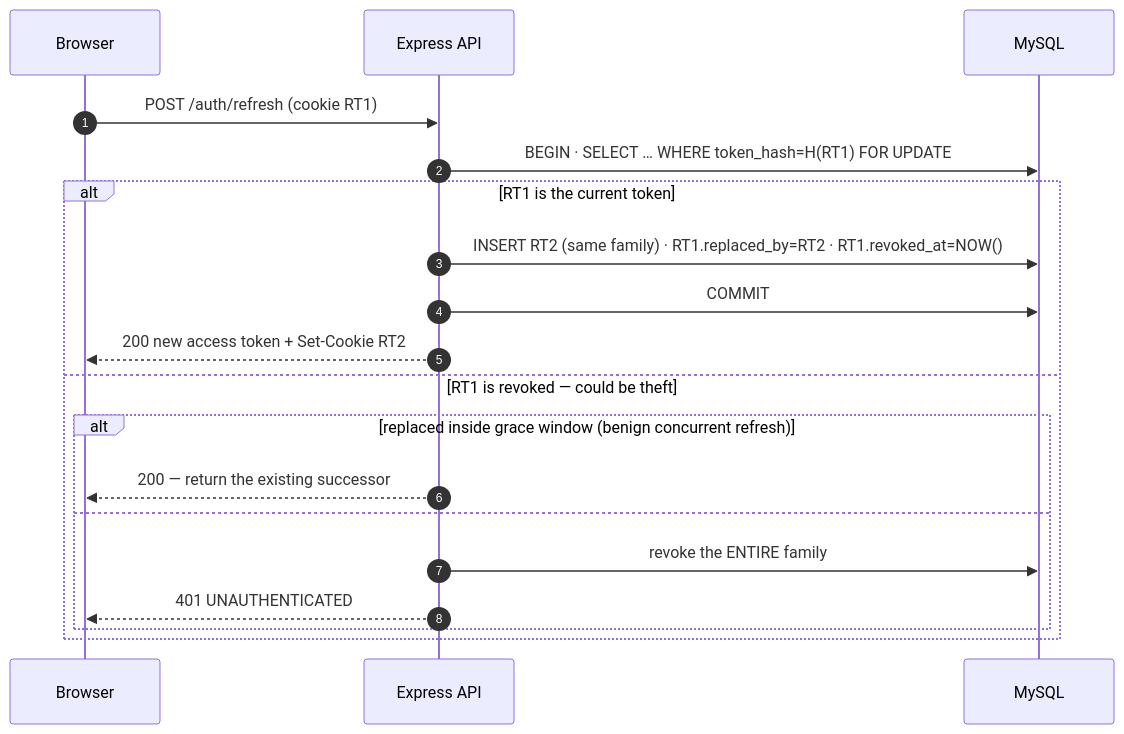
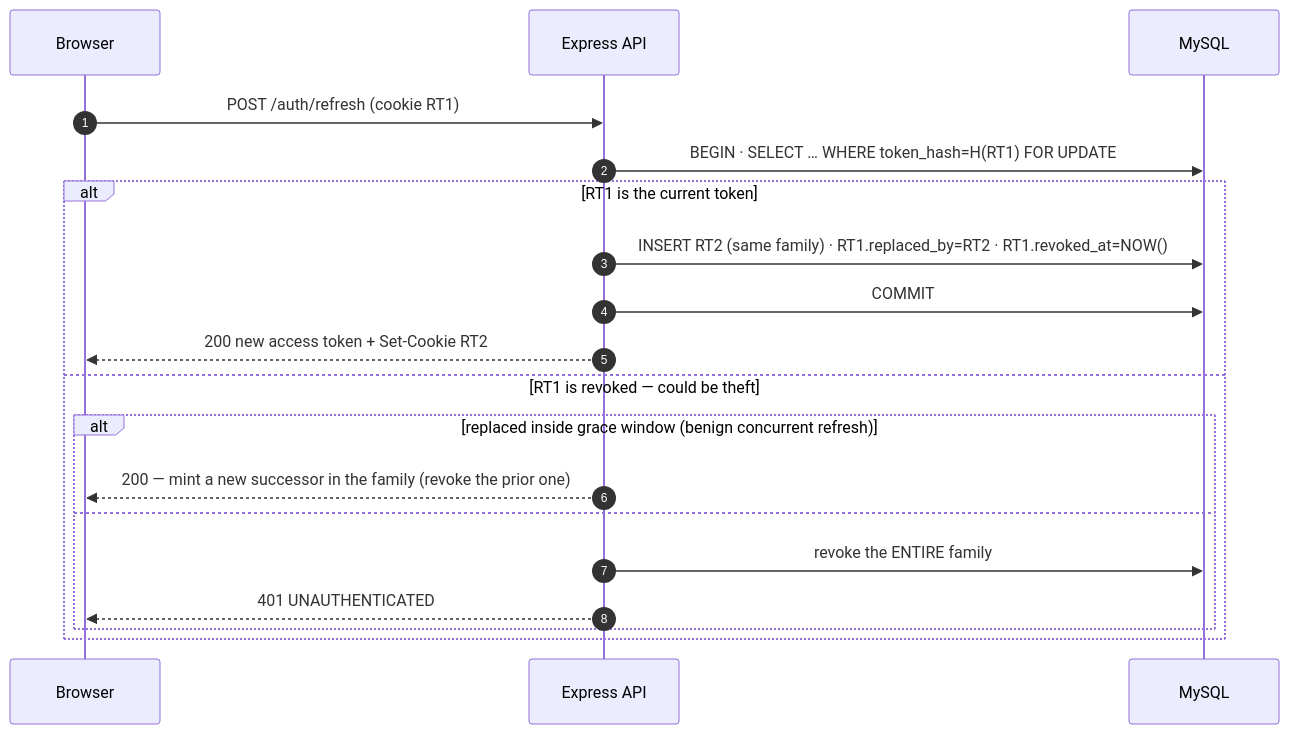
The sixth of 9 diagrams in docs/architecture.md (tabishraza302/newtoninte-ops), drawn with Mermaid before and after one commit. The commit also changed other lines of this file and 1 other file, not shown here.

````diff
--- a/docs/architecture.md
+++ b/docs/architecture.md
@@ -158,23 +158,23 @@
 ```mermaid
 sequenceDiagram
   autonumber
   participant C as Browser
   participant API as Express API
   participant DB as MySQL
 
   C->>API: POST /auth/refresh (cookie RT1)
   API->>DB: BEGIN · SELECT … WHERE token_hash=H(RT1) FOR UPDATE
 
   alt RT1 is the current token
     API->>DB: INSERT RT2 (same family) · RT1.replaced_by=RT2 · RT1.revoked_at=NOW()
     API->>DB: COMMIT
     API-->>C: 200 new access token + Set-Cookie RT2
   else RT1 is revoked — could be theft
     alt replaced inside grace window (benign concurrent refresh)
-      API-->>C: 200 — return the existing successor
+      API-->>C: 200 — mint a new successor in the family (revoke the prior one)
     else
       API->>DB: revoke the ENTIRE family
       API-->>C: 401 UNAUTHENTICATED
     end
   end
 ```
````
